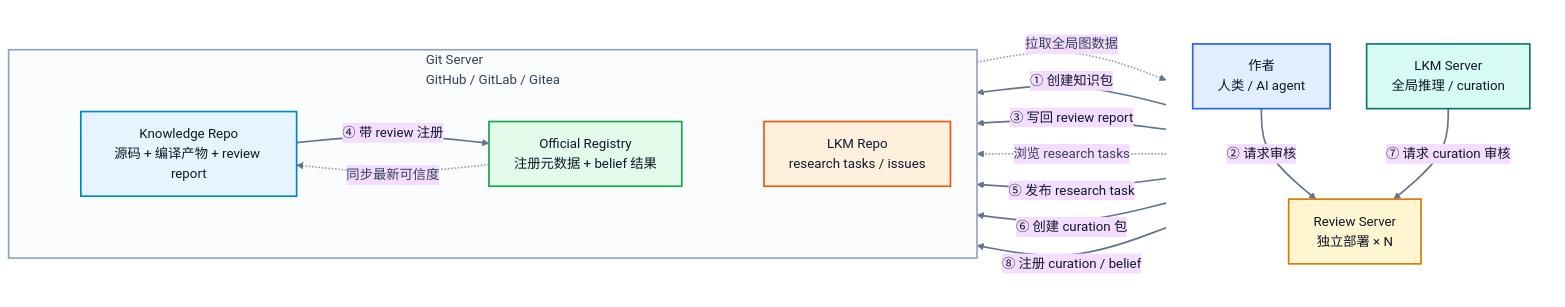
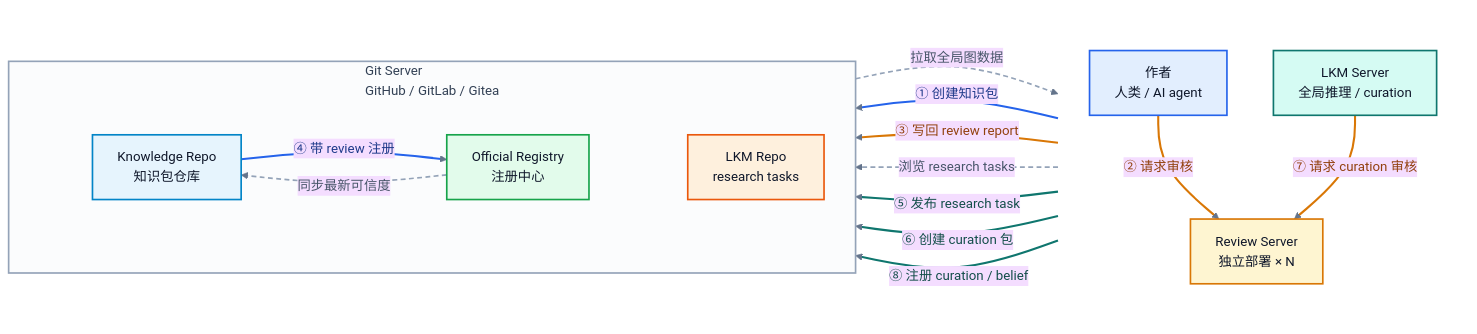
Before and after one commit to newtontech/Gaia: the diagram in docs/foundations/rationale/decentralized-architecture.md, drawn with Mermaid.

Commit message:
docs(rationale): refine architecture diagram styling

````diff
--- a/docs/foundations/rationale/decentralized-architecture.md
+++ b/docs/foundations/rationale/decentralized-architecture.md
@@ -54,48 +54,51 @@
 ```mermaid
-%%{init: {'theme': 'base', 'flowchart': {'htmlLabels': true, 'nodeSpacing': 44, 'rankSpacing': 60}} }%%
+%%{init: {'theme': 'base', 'flowchart': {'htmlLabels': true, 'nodeSpacing': 56, 'rankSpacing': 76}} }%%
 flowchart LR
     subgraph Actors[" "]
         direction TB
         Author["作者<br/>人类 / AI agent"]:::author
         RS["Review Server<br/>独立部署 × N"]:::review
         LKM["LKM Server<br/>全局推理 / curation"]:::lkm
     end
 
     subgraph GIT["Git Server<br/>GitHub / GitLab / Gitea"]
         direction TB
         subgraph GitTop[" "]
             direction LR
-            PKG["Knowledge Repo<br/>源码 + 编译产物 + review report"]:::pkg
-            REG["Official Registry<br/>注册元数据 + belief 结果"]:::registry
+            PKG["Knowledge Repo<br/>知识包仓库"]:::pkg
+            REG["Official Registry<br/>注册中心"]:::registry
         end
-        LKMR["LKM Repo<br/>research tasks / issues"]:::lkmrepo
+        LKMR["LKM Repo<br/>research tasks"]:::lkmrepo
     end
 
     Author -- "① 创建知识包" --> PKG
     Author -- "② 请求审核" --> RS
     RS -- "③ 写回 review report" --> PKG
     PKG -- "④ 带 review 注册" --> REG
 
     Author -. "浏览 research tasks" .-> LKMR
     LKM -- "⑤ 发布 research task" --> LKMR
     LKM -- "⑥ 创建 curation 包" --> PKG
     LKM -- "⑦ 请求 curation 审核" --> RS
     LKM -- "⑧ 注册 curation / belief" --> REG
 
     REG -. "拉取全局图数据" .-> LKM
     REG -. "同步最新可信度" .-> PKG
 
     classDef author fill:#DBEAFE,fill-opacity:0.80,stroke:#2563EB,stroke-width:2px,color:#0F172A;
     classDef review fill:#FEF3C7,fill-opacity:0.82,stroke:#D97706,stroke-width:2px,color:#0F172A;
     classDef lkm fill:#CCFBF1,fill-opacity:0.82,stroke:#0F766E,stroke-width:2px,color:#0F172A;
     classDef pkg fill:#E0F2FE,fill-opacity:0.76,stroke:#0284C7,stroke-width:2px,color:#0F172A;
     classDef registry fill:#DCFCE7,fill-opacity:0.78,stroke:#16A34A,stroke-width:2px,color:#0F172A;
     classDef lkmrepo fill:#FFEDD5,fill-opacity:0.78,stroke:#EA580C,stroke-width:2px,color:#0F172A;
 
     style Actors fill:transparent,stroke:transparent
     style GitTop fill:transparent,stroke:transparent
-    style GIT fill:#F8FAFC,fill-opacity:0.64,stroke:#94A3B8,stroke-width:2px,color:#334155
+    style GIT fill:#F8FAFC,fill-opacity:0.54,stroke:#94A3B8,stroke-width:2px,color:#334155
 
     linkStyle default stroke:#64748B,stroke-width:2px,color:#0F172A
-    linkStyle 4,9,10 stroke:#94A3B8,stroke-width:2px,color:#334155
+    linkStyle 0,3 stroke:#2563EB,stroke-width:2.5px,color:#1E3A8A
+    linkStyle 1,2,7 stroke:#D97706,stroke-width:2.5px,color:#92400E
+    linkStyle 5,6,8 stroke:#0F766E,stroke-width:2.5px,color:#134E4A
+    linkStyle 4,9,10 stroke:#94A3B8,stroke-width:2px,color:#475569,stroke-dasharray: 6 4
 ```
````
